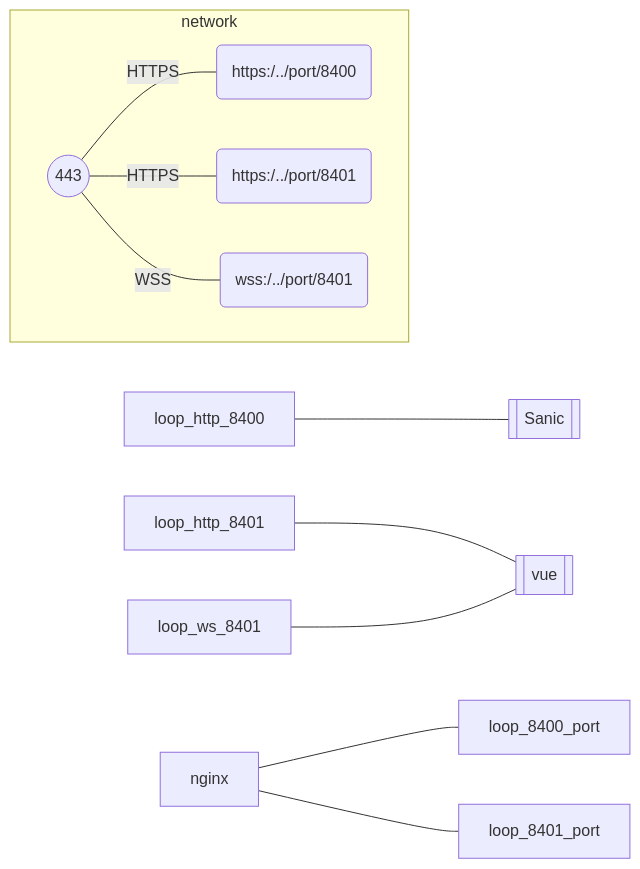
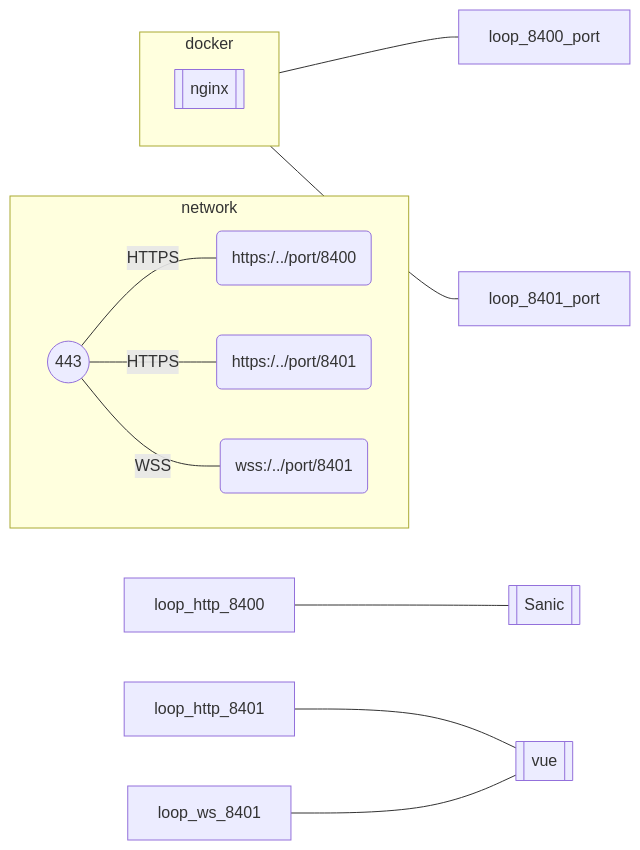
One commit to smucclaw/gsheet changed the third of 5 diagrams in natural4-server/natural4_server/nginx-proxy.md. Above: the diagram before and after it, drawn with Mermaid.

Commit message:
Add subgraph

````diff
--- a/natural4-server/natural4_server/nginx-proxy.md
+++ b/natural4-server/natural4_server/nginx-proxy.md
@@ -64,18 +64,21 @@
 ```mermaid
 flowchart LR
     subgraph network
         direction LR
         network_tls((  ))-- HTTPS ---network_https_8400(https:/../port/8400)
         network_tls((  ))-- HTTPS ---network_https_8401(https:/../port/8401)
         network_tls(( 443 ))-- WSS ---network_wss_8401(wss:/../port/8401)
     end
 
-
+    subgraph docker
+        direction TD
+        nginx[[nginx]]
+    end
 
     loop_http_8400---sanic[[ Sanic ]]
     loop_http_8401---vue[[ vue ]]
     loop_ws_8401---vue
     nginx---loop_8400_port
     nginx---loop_8401_port
  
 ```
````
